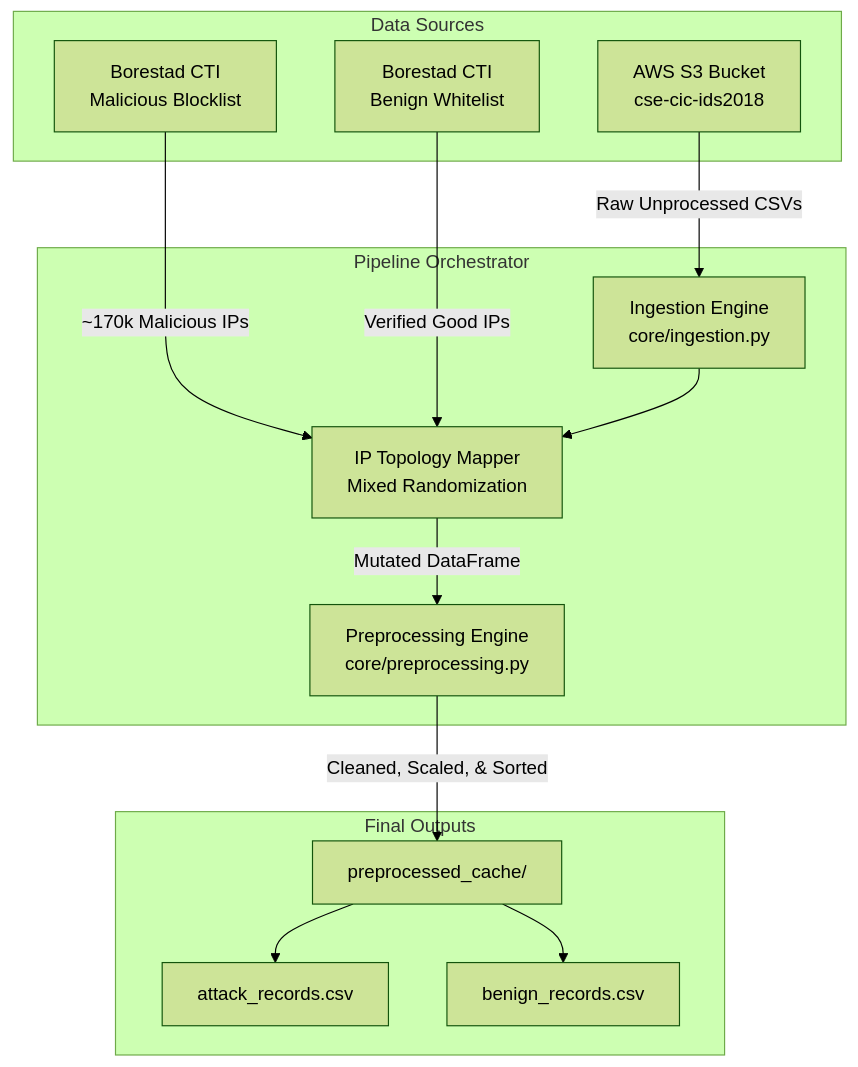
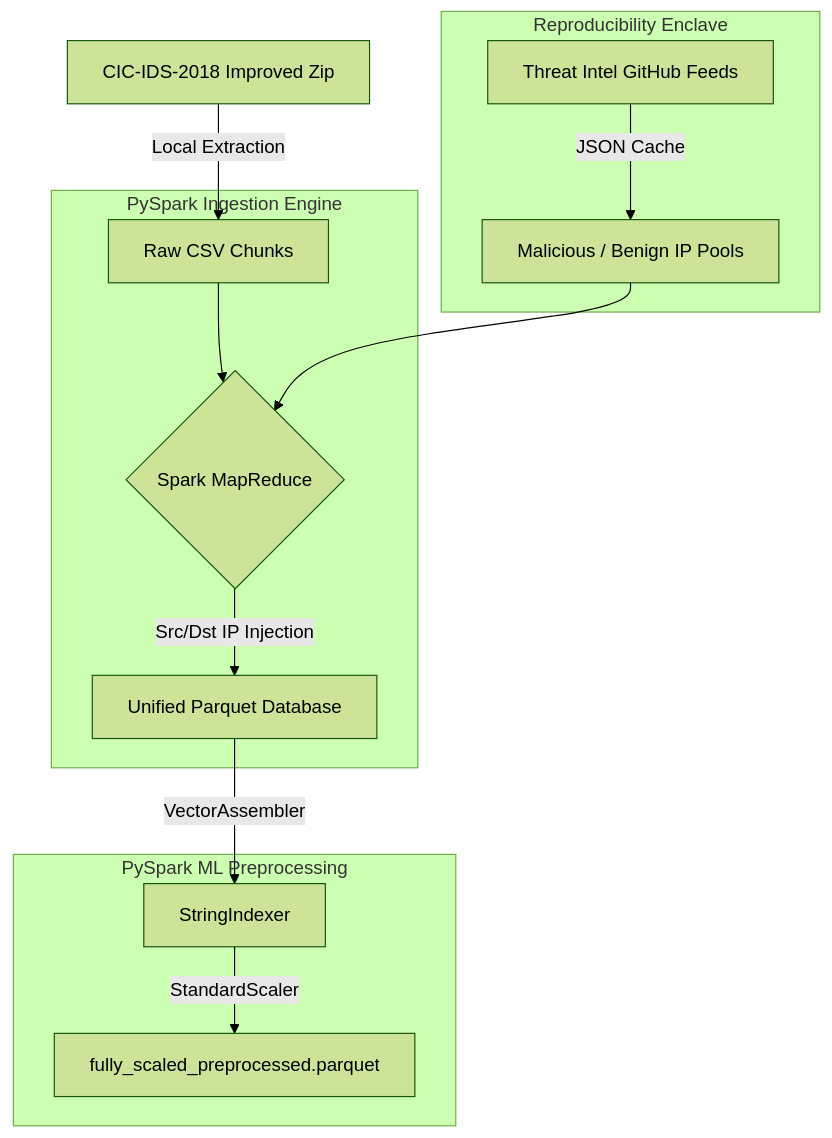
Before and after one commit to devedale/synth-cic-ids-2018: the diagram in README.md, drawn with Mermaid (forest theme). The commit also changed other lines of this file and 1 other file, not shown here.

Commit message:
docs: establish continuous documentation system with professional architecture schema and AI rules

````diff
--- a/README.md
+++ b/README.md
@@ -19,29 +18,19 @@
 ```mermaid
 graph TD
-    subgraph Data Sources
-        S3[AWS S3 Bucket\ncse-cic-ids2018]
-        BM[Borestad CTI\nMalicious Blocklist]
-        BB[Borestad CTI\nBenign Whitelist]
+    A[CIC-IDS-2018 Improved Zip] -->|Local Extraction| B[Raw CSV Chunks]
+    
+    subgraph Reproducibility Enclave
+    T[Threat Intel GitHub Feeds] -->|JSON Cache| C[Malicious / Benign IP Pools]
     end
-
-    subgraph Pipeline Orchestrator
-        ING[Ingestion Engine\ncore/ingestion.py]
-        MAP[IP Topology Mapper\nMixed Randomization]
-        PP[Preprocessing Engine\ncore/preprocessing.py]
+    
+    subgraph PySpark Ingestion Engine
+    B --> D{Spark MapReduce}
+    C --> D
+    D -->|Src/Dst IP Injection| E[Unified Parquet Database]
     end
-
-    subgraph Final Outputs
-        CACHE[preprocessed_cache/]
-        ATK[attack_records.csv]
-        BNG[benign_records.csv]
+    
+    subgraph PySpark ML Preprocessing
+    E -->|VectorAssembler| F[StringIndexer]
+    F -->|StandardScaler| G[fully_scaled_preprocessed.parquet]
     end
-
-    S3 -->|Raw Unprocessed CSVs| ING
-    BM -->|~170k Malicious IPs| MAP
-    BB -->|Verified Good IPs| MAP
-    ING --> MAP
-    MAP -->|Mutated DataFrame| PP
-    PP -->|Cleaned, Scaled, & Sorted| CACHE
-    CACHE --> ATK
-    CACHE --> BNG
 ```
````
